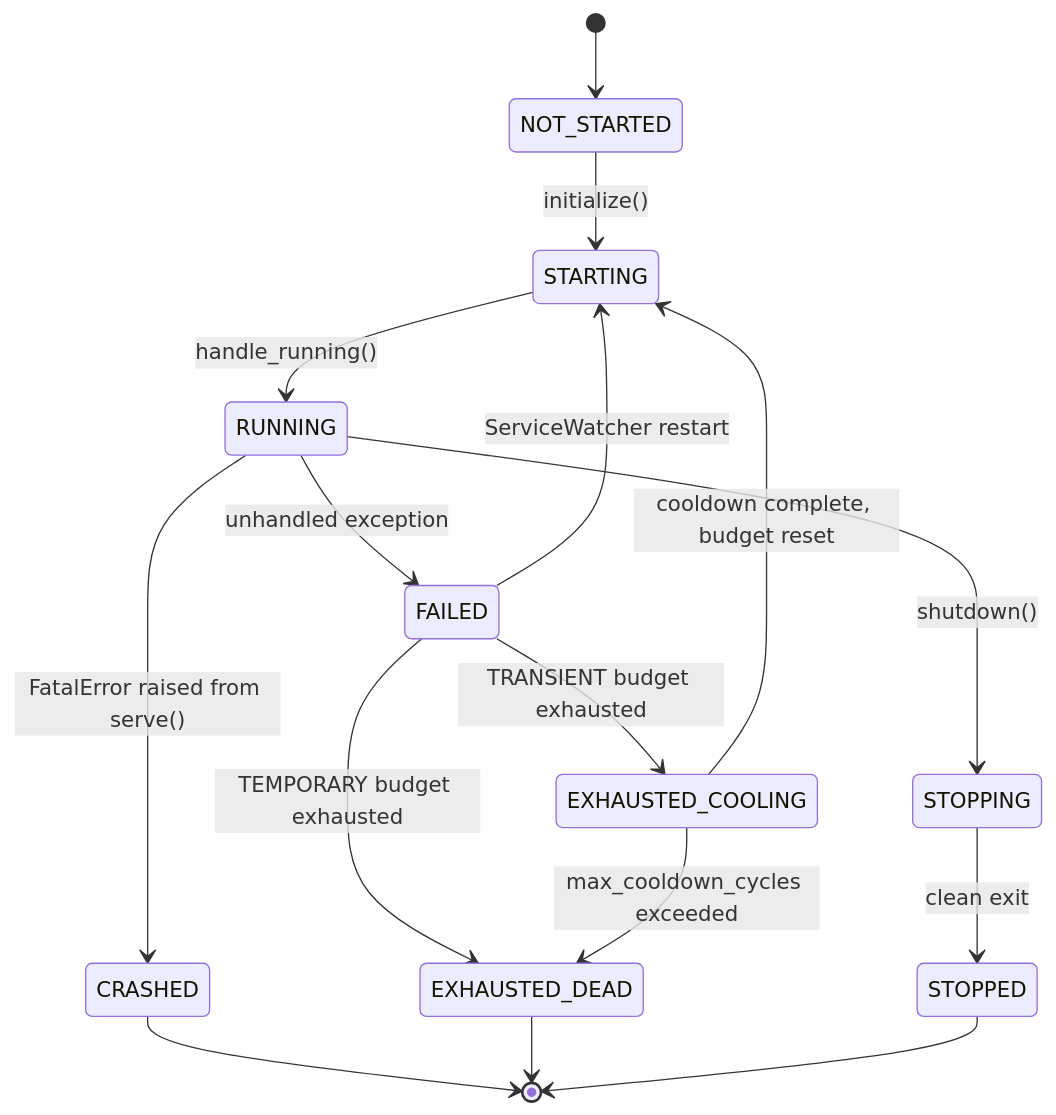
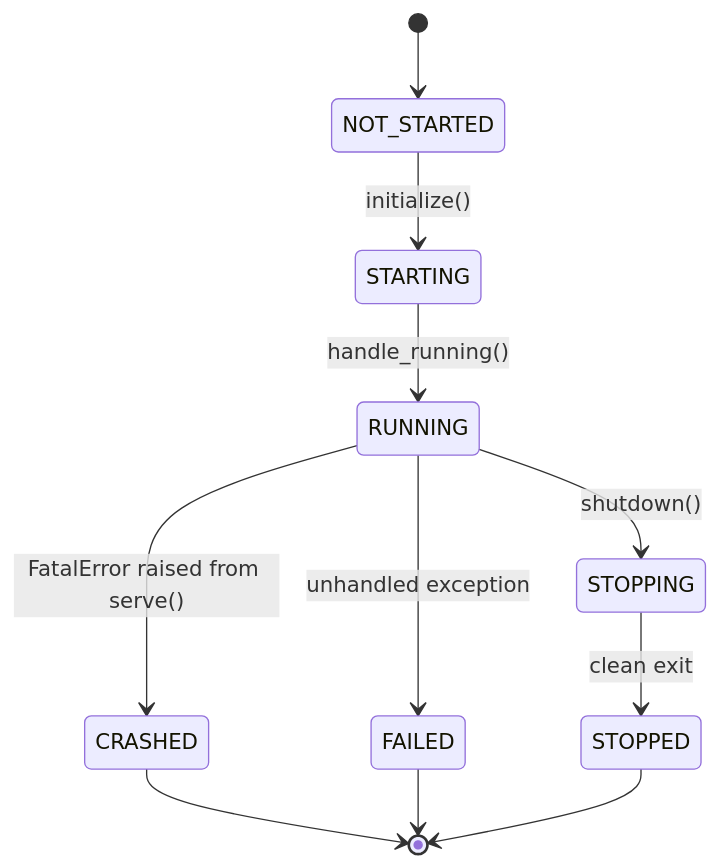
One commit to NodeJSmith/hassette changed the diagram in docs/pages/core-concepts/internals/lifecycle.md. Above: the diagram before and after it, drawn with Mermaid. The commit also changed other lines of this file and 145 other files, not shown here.

````diff
--- a/docs/pages/core-concepts/internals/lifecycle.md
+++ b/docs/pages/core-concepts/internals/lifecycle.md
@@ -85,18 +47,13 @@
 ```mermaid
 stateDiagram-v2
     [*] --> NOT_STARTED
     NOT_STARTED --> STARTING : initialize()
     STARTING --> RUNNING : handle_running()
     RUNNING --> STOPPING : shutdown()
     RUNNING --> FAILED : unhandled exception
     STOPPING --> STOPPED : clean exit
-    FAILED --> STARTING : ServiceWatcher restart
-    FAILED --> EXHAUSTED_COOLING : TRANSIENT budget exhausted
-    FAILED --> EXHAUSTED_DEAD : TEMPORARY budget exhausted
     RUNNING --> CRASHED : FatalError raised from serve()
-    EXHAUSTED_COOLING --> STARTING : cooldown complete, budget reset
-    EXHAUSTED_COOLING --> EXHAUSTED_DEAD : max_cooldown_cycles exceeded
     CRASHED --> [*]
-    EXHAUSTED_DEAD --> [*]
+    FAILED --> [*]
     STOPPED --> [*]
 ```
````
